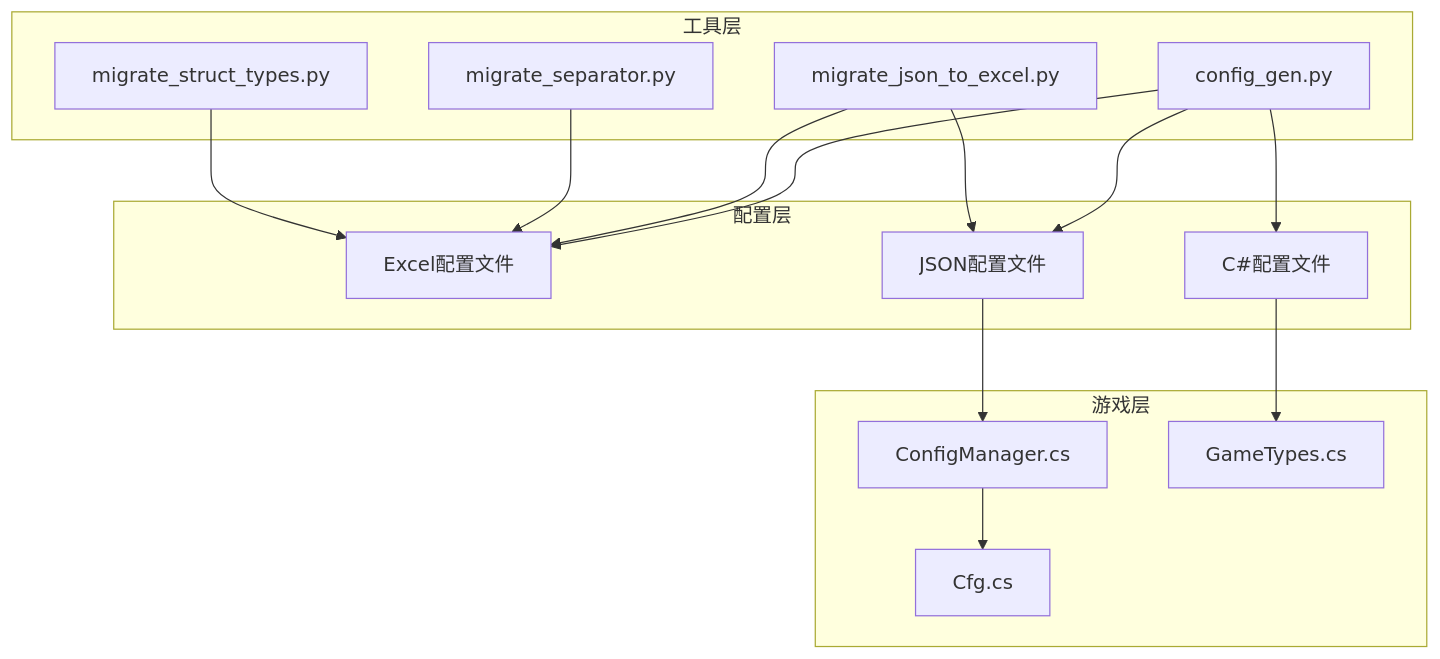
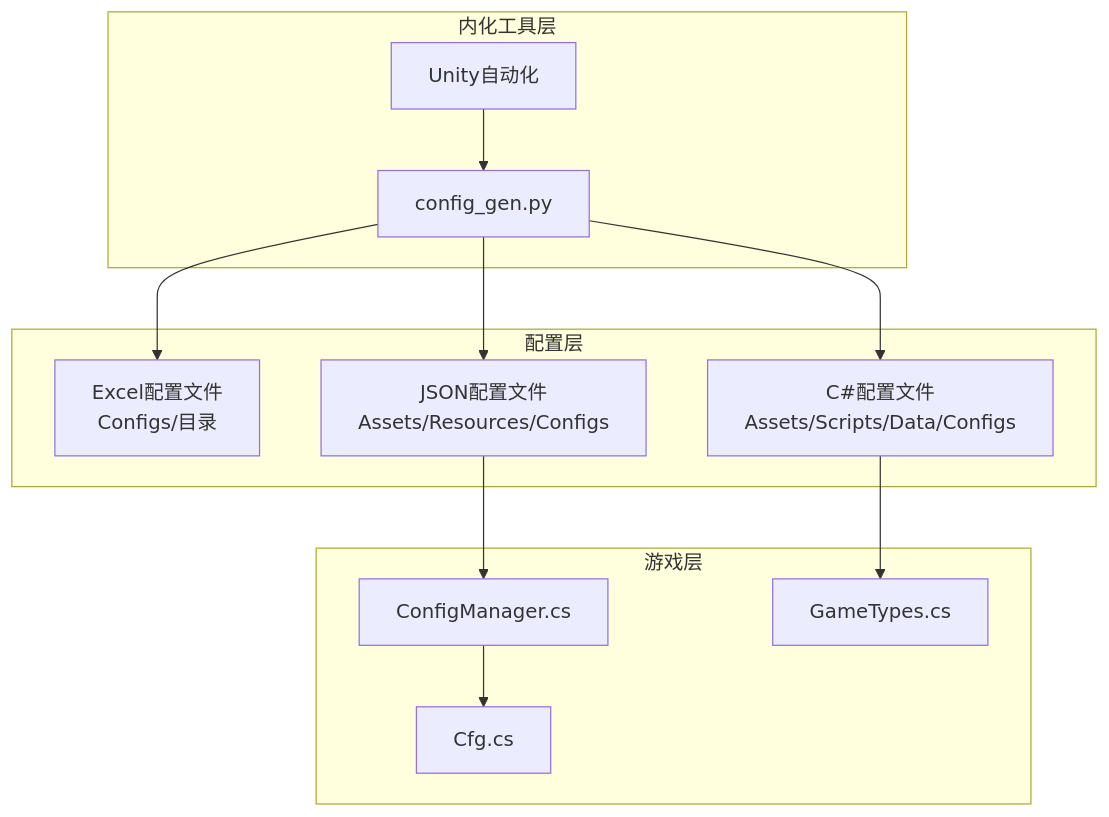
One commit to Tuusen/p1_client changed the tenth of 10 diagrams in .qoder/repowiki/zh/content/核心架构/数据生成工具.md. Above: the diagram before and after it, drawn with Mermaid. The commit also changed other lines of this file and 29 other files, not shown here.

````diff
--- a/.qoder/repowiki/zh/content/核心架构/数据生成工具.md
+++ b/.qoder/repowiki/zh/content/核心架构/数据生成工具.md
@@ -427,29 +387,24 @@
 ```mermaid
 graph TD
-subgraph "工具层"
+subgraph "内化工具层"
 CONFIG_GEN[config_gen.py]
-MIGRATE_JSON[migrate_json_to_excel.py]
-MIGRATE_SEP[migrate_separator.py]
-MIGRATE_TYPE[migrate_struct_types.py]
+AUTOMATION[Unity自动化]
 end
 subgraph "配置层"
-EXCEL_FILES[Excel配置文件]
-JSON_FILES[JSON配置文件]
-CS_FILES[C#配置文件]
+EXCEL_FILES[Excel配置文件<br/>Configs/目录]
+JSON_FILES[JSON配置文件<br/>Assets/Resources/Configs]
+CS_FILES[C#配置文件<br/>Assets/Scripts/Data/Configs]
 end
 subgraph "游戏层"
 CONFIG_MANAGER[ConfigManager.cs]
 CFG_ACCESSOR[Cfg.cs]
 GAME_TYPES[GameTypes.cs]
 end
 CONFIG_GEN --> EXCEL_FILES
 CONFIG_GEN --> JSON_FILES
 CONFIG_GEN --> CS_FILES
-MIGRATE_JSON --> JSON_FILES
-MIGRATE_JSON --> EXCEL_FILES
-MIGRATE_SEP --> EXCEL_FILES
-MIGRATE_TYPE --> EXCEL_FILES
 JSON_FILES --> CONFIG_MANAGER
 CS_FILES --> GAME_TYPES
 CONFIG_MANAGER --> CFG_ACCESSOR
+AUTOMATION --> CONFIG_GEN
 ```
````
